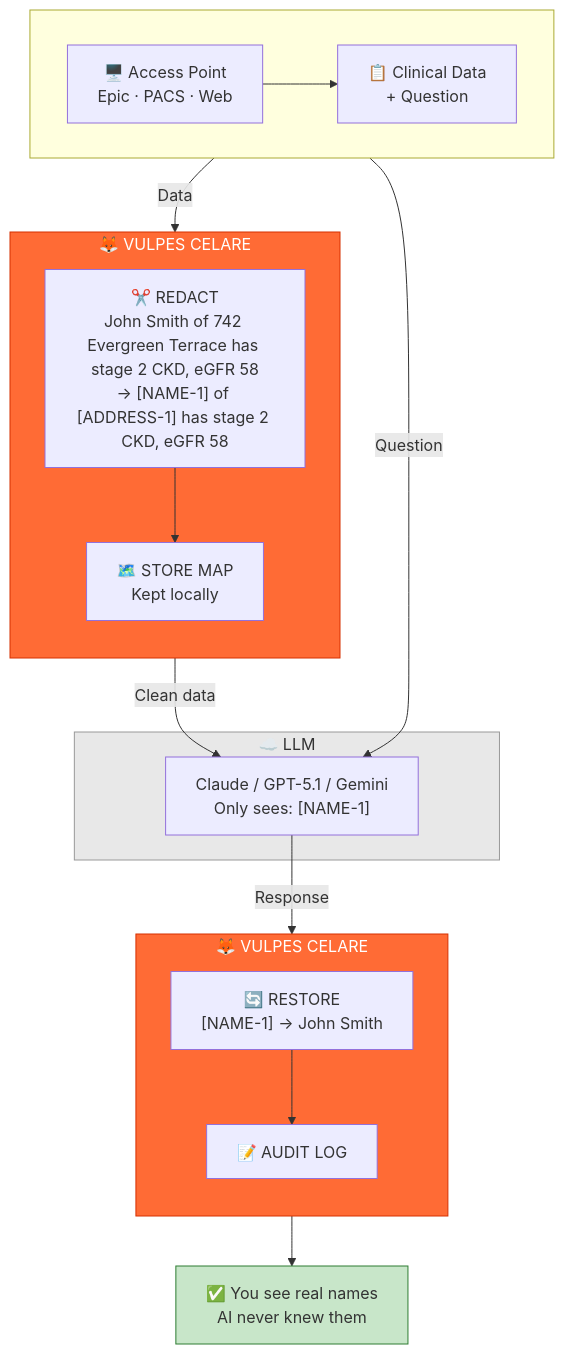
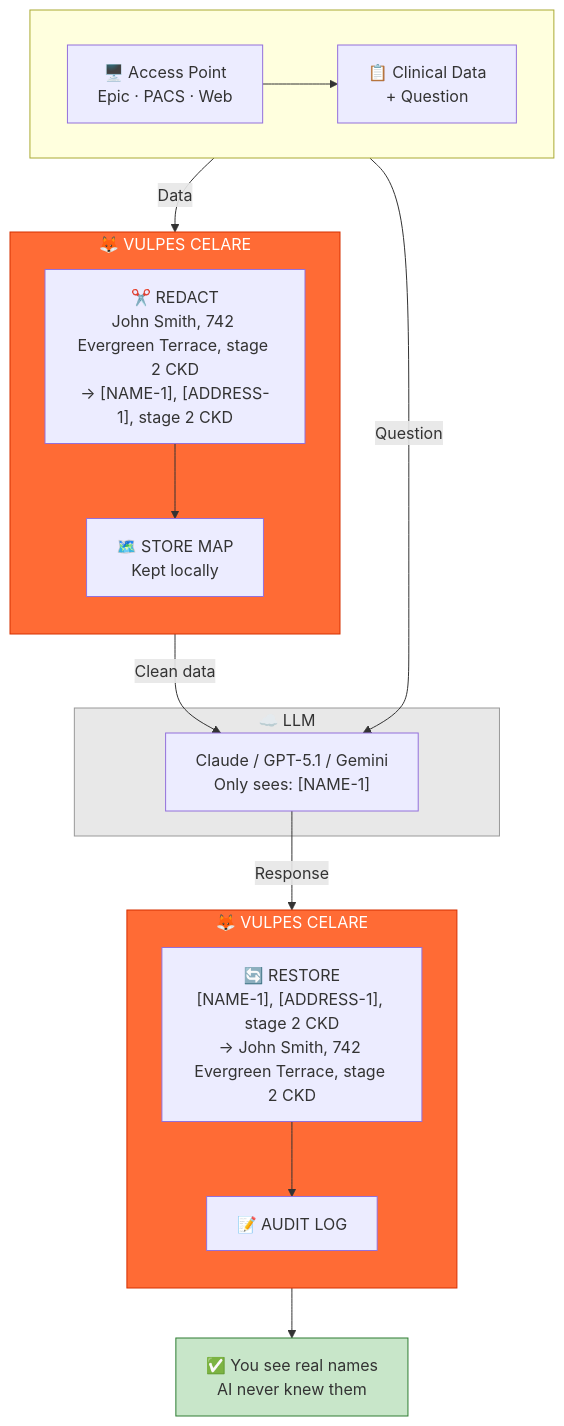
Before and after one commit to DocHatty/Vulpes-Celare: the diagram in README.md, drawn with Mermaid.

````diff
--- a/README.md
+++ b/README.md
@@ -36,43 +36,43 @@
 ```mermaid
 flowchart TB
     subgraph INPUT [" "]
         direction LR
         Access["🖥️ Access Point<br/>Epic · PACS · Web"]
         Data["📋 Clinical Data<br/>+ Question"]
     end
 
     Access --> Data
 
     subgraph CORE ["🦊 VULPES CELARE"]
         direction TB
-        Redact["✂️ REDACT<br/>John Smith of 742 Evergreen Terrace has stage 2 CKD, eGFR 58<br/>→ [NAME-1] of [ADDRESS-1] has stage 2 CKD, eGFR 58"]
+        Redact["✂️ REDACT<br/>John Smith, 742 Evergreen Terrace, stage 2 CKD<br/>→ [NAME-1], [ADDRESS-1], stage 2 CKD"]
         Map["🗺️ STORE MAP<br/>Kept locally"]
         Redact --> Map
     end
 
     Data -->|"Data"| Redact
     Data -->|"Question"| LLM
 
     subgraph EXT ["☁️ LLM"]
         LLM["Claude / GPT-5.1 / Gemini<br/>Only sees: [NAME-1]"]
     end
 
     Map -->|"Clean data"| LLM
 
     subgraph CORE2 ["🦊 VULPES CELARE"]
         direction TB
-        Restore["🔄 RESTORE<br/>[NAME-1] → John Smith"]
+        Restore["🔄 RESTORE<br/>[NAME-1], [ADDRESS-1], stage 2 CKD<br/>→ John Smith, 742 Evergreen Terrace, stage 2 CKD"]
         Audit["📝 AUDIT LOG"]
         Restore --> Audit
     end
 
     LLM -->|"Response"| Restore
 
     Result["✅ You see real names<br/>AI never knew them"]
     Audit --> Result
 
     style CORE fill:#ff6b35,stroke:#d63000,color:#fff
     style CORE2 fill:#ff6b35,stroke:#d63000,color:#fff
     style EXT fill:#e8e8e8,stroke:#999
     style Result fill:#c8e6c9,stroke:#2e7d32
 ```
````
